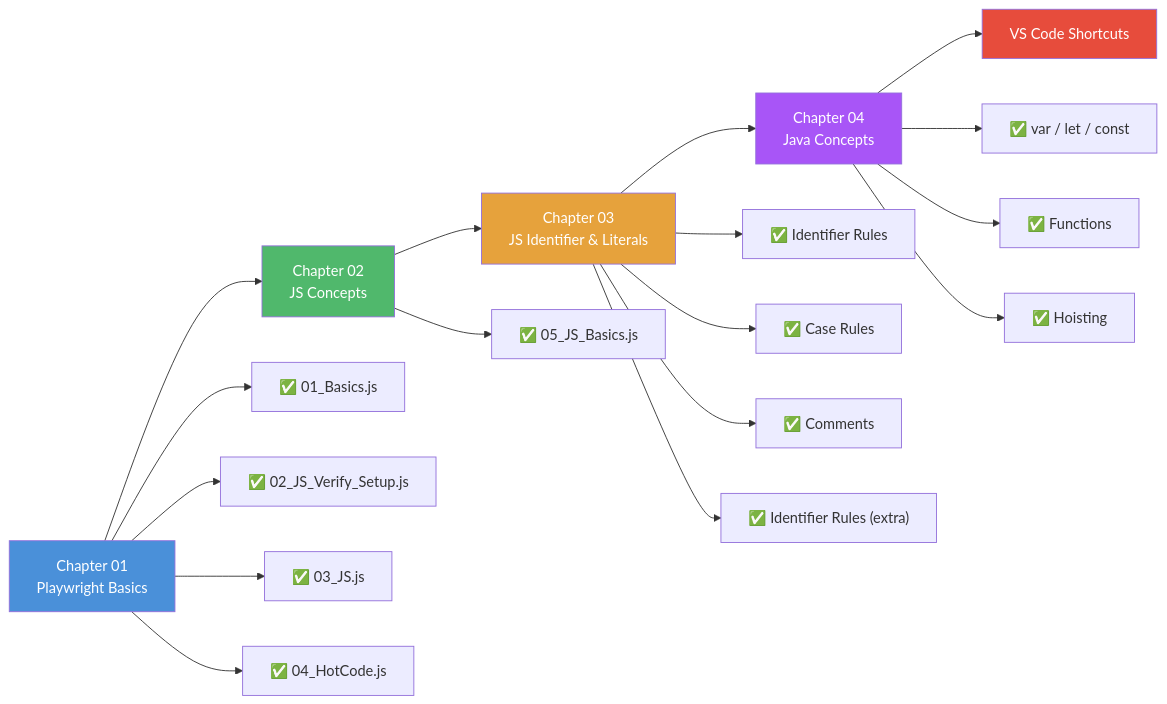
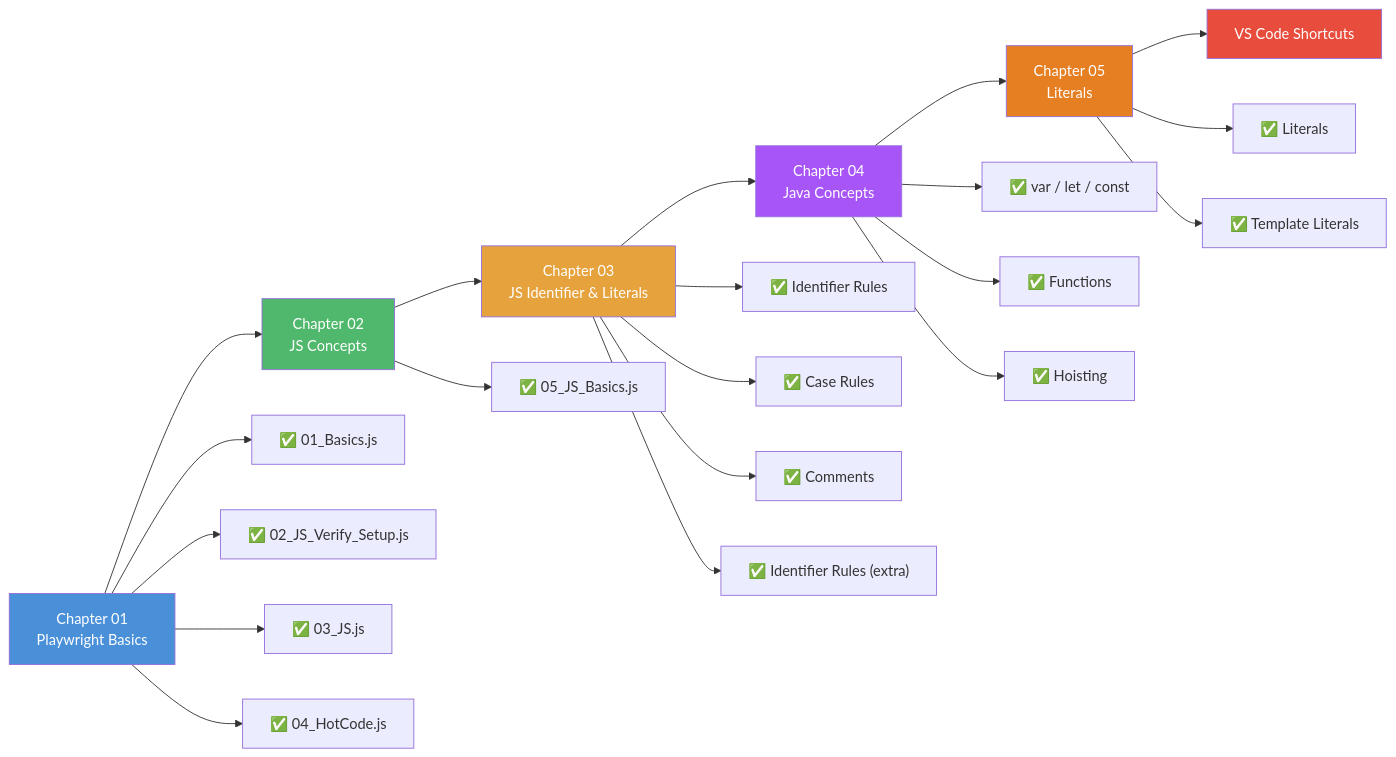
The diagram in README.md (Hemalatha-R17/Playwright), drawn with Mermaid before and after one commit. The commit also changed other lines of this file, not shown here.

Commit message:
Update README to include Chapter 05 Literals

````diff
--- a/README.md
+++ b/README.md
@@ -13,29 +13,34 @@
 ```mermaid
 flowchart LR
     A[Chapter 01<br/>Playwright Basics] --> B[Chapter 02<br/>JS Concepts]
     B --> C[Chapter 03<br/>JS Identifier & Literals]
     C --> D[Chapter 04<br/>Java Concepts]
-    D --> E[VS Code Shortcuts]
+    D --> E[Chapter 05<br/>Literals]
+    E --> F[VS Code Shortcuts]
 
     A --> A1["✅ 01_Basics.js"]
     A --> A2["✅ 02_JS_Verify_Setup.js"]
     A --> A3["✅ 03_JS.js"]
     A --> A4["✅ 04_HotCode.js"]
 
     B --> B1["✅ 05_JS_Basics.js"]
 
     C --> C1["✅ Identifier Rules"]
     C --> C2["✅ Case Rules"]
     C --> C3["✅ Comments"]
     C --> C4["✅ Identifier Rules (extra)"]
 
     D --> D1["✅ var / let / const"]
     D --> D2["✅ Functions"]
     D --> D3["✅ Hoisting"]
 
+    E --> E1["✅ Literals"]
+    E --> E2["✅ Template Literals"]
+
     style A fill:#4a90d9,color:#fff
     style B fill:#50b86c,color:#fff
     style C fill:#e6a23c,color:#fff
     style D fill:#a855f7,color:#fff
-    style E fill:#e74c3c,color:#fff
+    style E fill:#e67e22,color:#fff
+    style F fill:#e74c3c,color:#fff
 ```
````
